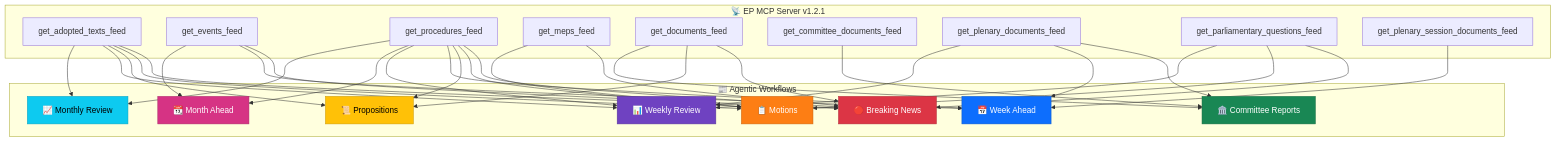
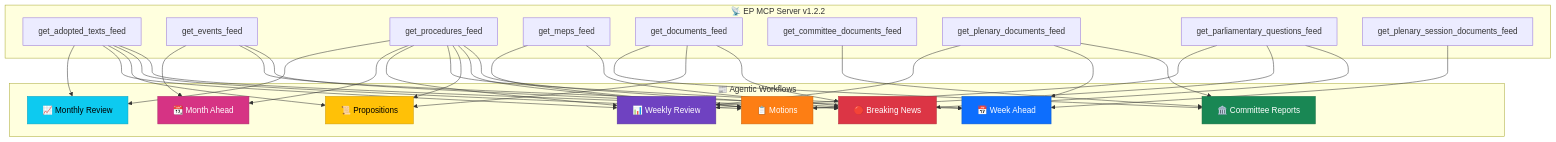
Before and after one commit to Hack23/euparliamentmonitor: the fifth of 7 diagrams in analysis/README.md, drawn with Mermaid. The commit also changed 30 other files, not shown here.

First line of the commit message:
chore: align all european-parliament-mcp-server references to v1.2.2

````diff
--- a/analysis/README.md
+++ b/analysis/README.md
@@ -497,44 +497,44 @@
 ```mermaid
 flowchart TD
-    subgraph "📡 EP MCP Server v1.2.1"
+    subgraph "📡 EP MCP Server v1.2.2"
         F1["get_adopted_texts_feed"]
         F2["get_events_feed"]
         F3["get_procedures_feed"]
         F4["get_meps_feed"]
         F5["get_documents_feed"]
         F6["get_committee_documents_feed"]
         F7["get_plenary_documents_feed"]
         F8["get_parliamentary_questions_feed"]
         F9["get_plenary_session_documents_feed"]
     end
 
     subgraph "📰 Agentic Workflows"
         W1["🔴 Breaking News"]
         W2["📋 Motions"]
         W3["📜 Propositions"]
         W4["🏛️ Committee Reports"]
         W5["📅 Week Ahead"]
         W6["📊 Weekly Review"]
         W7["📆 Month Ahead"]
         W8["📈 Monthly Review"]
     end
 
     F1 --> W1 & W2 & W3 & W6 & W8
     F2 --> W1 & W5 & W7
     F3 --> W1 & W2 & W3 & W5 & W6 & W7 & W8
     F4 --> W1 & W2
     F5 --> W1 & W3 & W4
     F6 --> W4
     F7 --> W4 & W5 & W6
     F8 --> W1 & W2 & W6
     F9 --> W5
 
     style W1 fill:#dc3545,stroke:#b02a37,color:#fff
     style W2 fill:#fd7e14,stroke:#ca6510,color:#fff
     style W3 fill:#ffc107,stroke:#cc9a06,color:#000
     style W4 fill:#198754,stroke:#146c43,color:#fff
     style W5 fill:#0d6efd,stroke:#0a58ca,color:#fff
     style W6 fill:#6f42c1,stroke:#59359a,color:#fff
     style W7 fill:#d63384,stroke:#ab296a,color:#fff
     style W8 fill:#0dcaf0,stroke:#0aa2c0,color:#000
 ```
````
